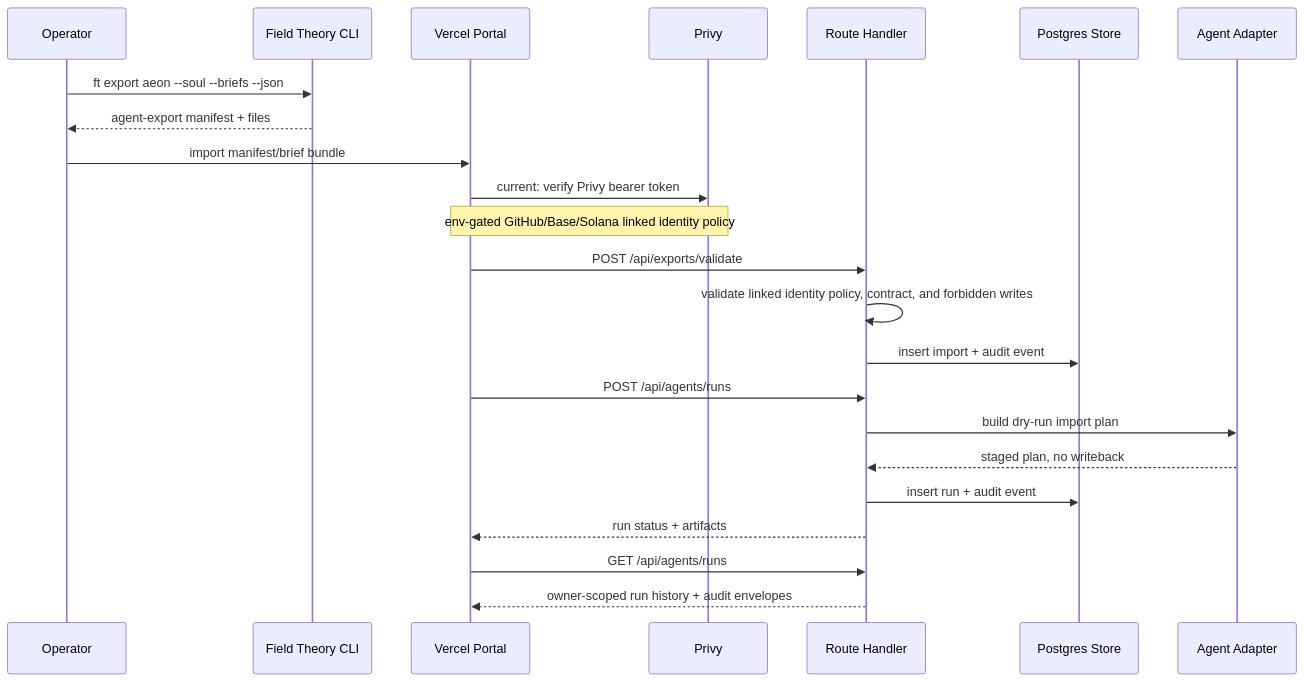
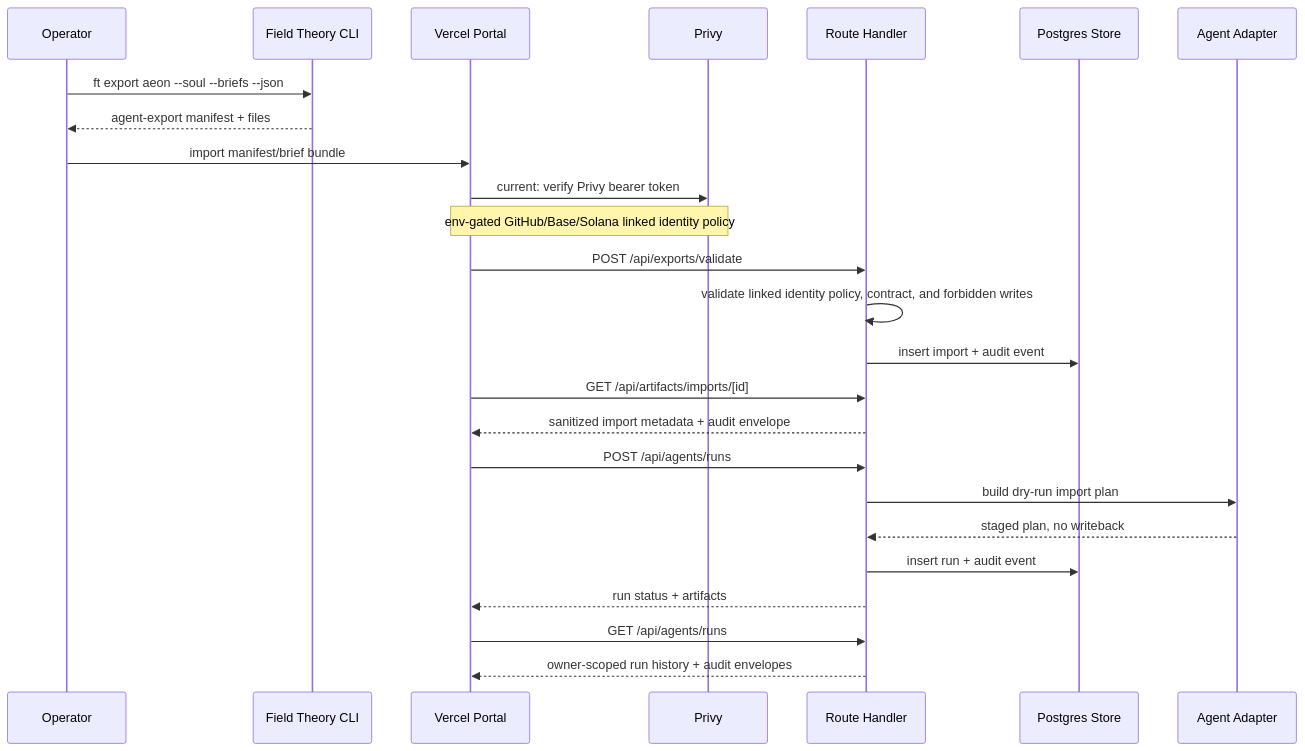
The second of 3 diagrams in docs/architecture/hosted-agentic-suite.md (chipoto69/fieldtheory), drawn with Mermaid before and after one commit. The commit also changed other lines of this file and 15 other files, not shown here.

````diff
--- a/docs/architecture/hosted-agentic-suite.md
+++ b/docs/architecture/hosted-agentic-suite.md
@@ -70,26 +70,28 @@
 ```mermaid
 sequenceDiagram
   participant O as Operator
   participant CLI as Field Theory CLI
   participant Web as Vercel Portal
   participant Auth as Privy
   participant API as Route Handler
   participant Store as Postgres Store
   participant Agent as Agent Adapter
 
   O->>CLI: ft export aeon --soul --briefs --json
   CLI-->>O: agent-export manifest + files
   O->>Web: import manifest/brief bundle
   Web->>Auth: current: verify Privy bearer token
   Note over Web,Auth: env-gated GitHub/Base/Solana linked identity policy
   Web->>API: POST /api/exports/validate
   API->>API: validate linked identity policy, contract, and forbidden writes
   API->>Store: insert import + audit event
+  Web->>API: GET /api/artifacts/imports/[id]
+  API-->>Web: sanitized import metadata + audit envelope
   Web->>API: POST /api/agents/runs
   API->>Agent: build dry-run import plan
   Agent-->>API: staged plan, no writeback
   API->>Store: insert run + audit event
   API-->>Web: run status + artifacts
   Web->>API: GET /api/agents/runs
   API-->>Web: owner-scoped run history + audit envelopes
 ```
````
